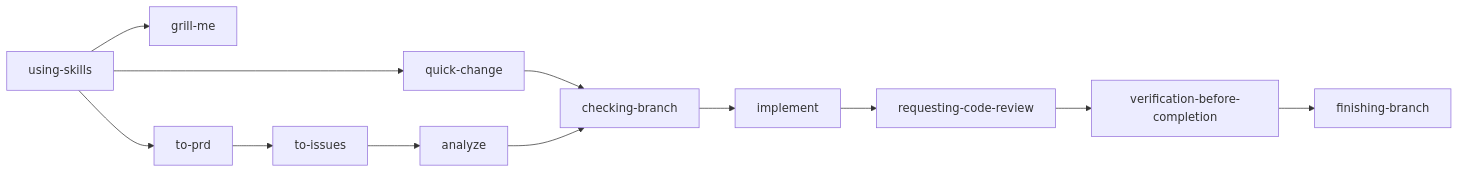
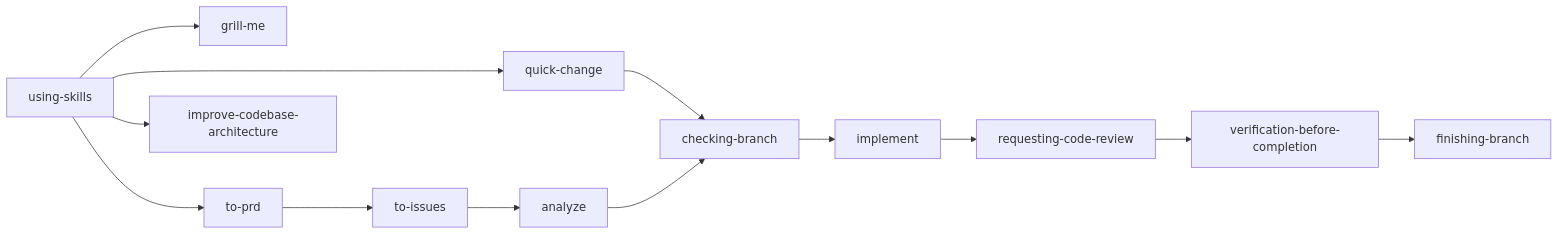
The diagram in README.md (fjxyyzg3/Skills), drawn with Mermaid before and after one commit. The commit also changed other lines of this file and 8 other files, not shown here.

Commit message:
Add improve-codebase-architecture skill

````diff
--- a/README.md
+++ b/README.md
@@ -7,14 +7,15 @@
 ```mermaid
 flowchart LR
   Router["using-skills"] --> Grill["grill-me"]
   Router --> Quick["quick-change"]
   Router --> PRD["to-prd"]
+  Router --> Architecture["improve-codebase-architecture"]
   Quick --> Branch
   PRD --> Issues["to-issues"]
   Issues --> Analyze["analyze"]
   Analyze --> Branch["checking-branch"]
   Branch --> Implement["implement"]
   Implement --> Review["requesting-code-review"]
   Review --> Verify["verification-before-completion"]
   Verify --> Finish["finishing-branch"]
 ```
````
